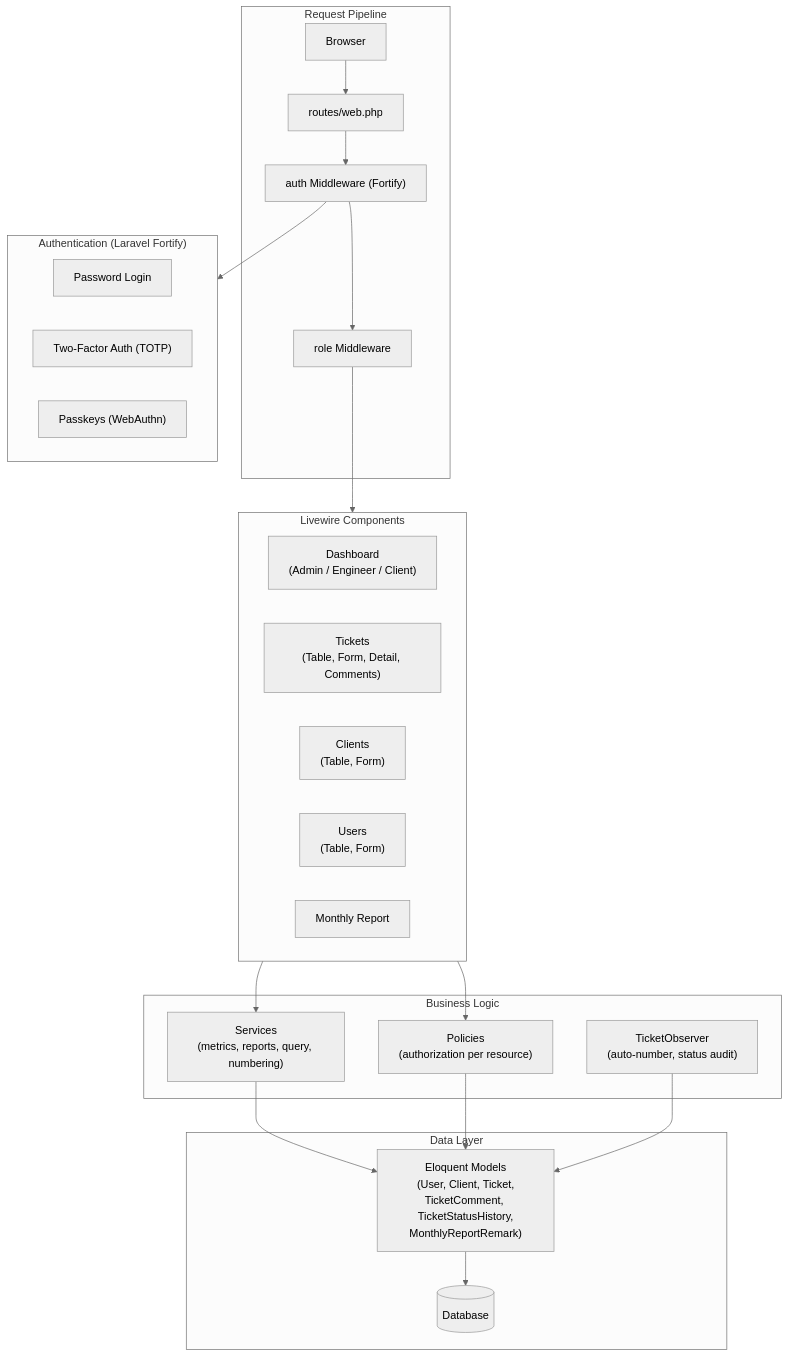
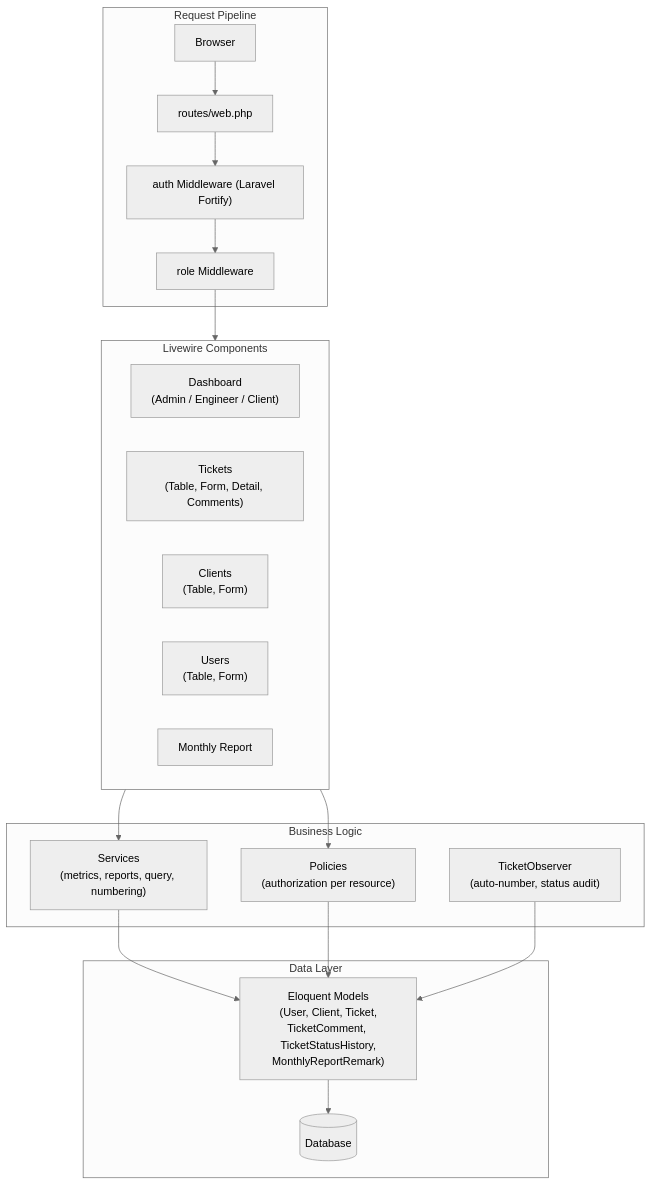
Before and after one commit to aqilamuzafa917/mini-helpdesk: the first of 2 diagrams in README.md, drawn with Mermaid (neutral theme).

````diff
--- a/README.md
+++ b/README.md
@@ -196,43 +196,38 @@
 ```mermaid
+
 graph TD
     subgraph RequestPipeline["Request Pipeline"]
         Browser["Browser"] --> Router["routes/web.php"]
-        Router --> AuthMiddleware["auth Middleware (Fortify)"]
+        Router --> AuthMiddleware["auth Middleware (Laravel Fortify)"]
         AuthMiddleware --> RoleMiddleware["role Middleware"]
     end
 
-    subgraph Auth["Authentication (Laravel Fortify)"]
-        Password["Password Login"]
-        TwoFactor["Two-Factor Auth (TOTP)"]
-        Passkeys["Passkeys (WebAuthn)"]
-    end
 
     subgraph LivewireLayer["Livewire Components"]
         Dashboard["Dashboard\n(Admin / Engineer / Client)"]
         Tickets["Tickets\n(Table, Form, Detail, Comments)"]
         Clients["Clients\n(Table, Form)"]
         Users["Users\n(Table, Form)"]
         Reports["Monthly Report"]
     end
 
     subgraph BusinessLogic["Business Logic"]
         Policies["Policies\n(authorization per resource)"]
         Services["Services\n(metrics, reports, query, numbering)"]
         Observer["TicketObserver\n(auto-number, status audit)"]
     end
 
     subgraph DataLayer["Data Layer"]
         Models["Eloquent Models\n(User, Client, Ticket,\nTicketComment, TicketStatusHistory,\nMonthlyReportRemark)"]
         DB[("Database")]
     end
 
-    AuthMiddleware --> Auth
     RoleMiddleware --> LivewireLayer
 
     LivewireLayer --> Policies
     LivewireLayer --> Services
     Services --> Models
     Policies --> Models
     Observer --> Models
     Models --> DB
 ```
````
